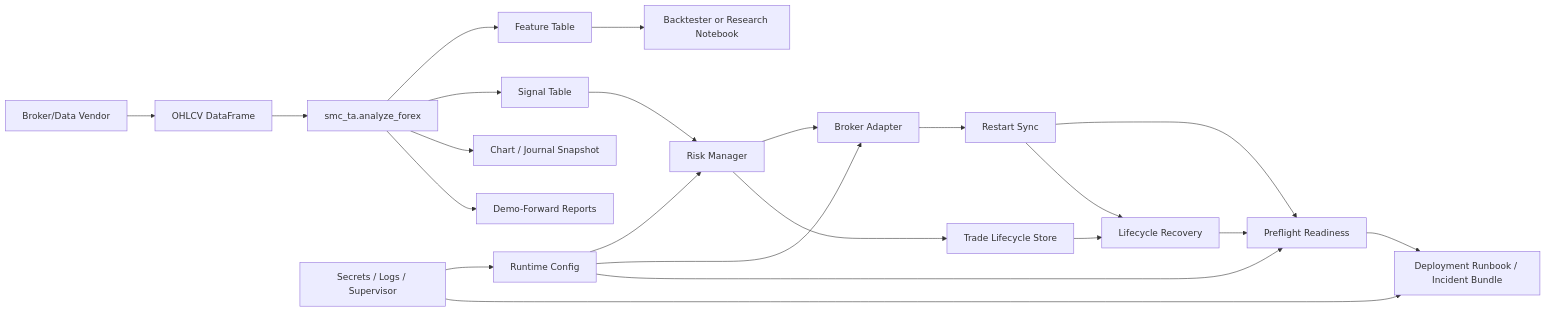
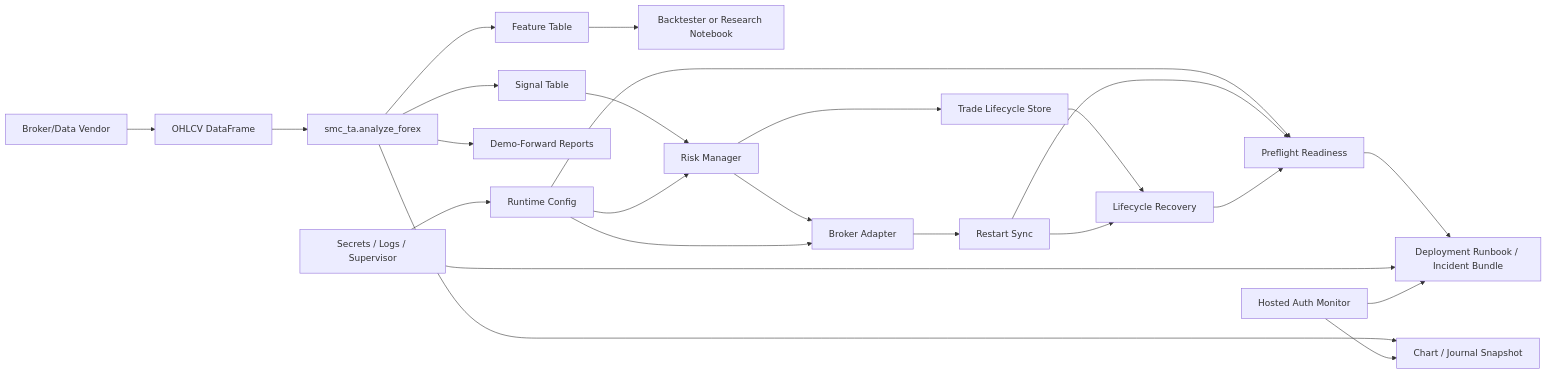
The diagram in docs/BOT_INTEGRATION.md (primebdsm/smcandta), drawn with Mermaid before and after one commit. The commit also changed other lines of this file and 15 other files, not shown here.

````diff
--- a/docs/BOT_INTEGRATION.md
+++ b/docs/BOT_INTEGRATION.md
@@ -5,24 +5,26 @@
 ```mermaid
 flowchart LR
   A["Broker/Data Vendor"] --> B["OHLCV DataFrame"]
   B --> C["smc_ta.analyze_forex"]
   C --> D["Feature Table"]
   C --> E["Signal Table"]
   D --> F["Backtester or Research Notebook"]
   E --> G["Risk Manager"]
   G --> H["Broker Adapter"]
   G --> J["Trade Lifecycle Store"]
   C --> I["Chart / Journal Snapshot"]
   C --> N["Demo-Forward Reports"]
   K["Runtime Config"] --> G
   K --> H
   K --> L["Preflight Readiness"]
   H --> M["Restart Sync"]
   M --> L
   J --> O["Lifecycle Recovery"]
   M --> O
   O --> L
   L --> P["Deployment Runbook / Incident Bundle"]
   Q["Secrets / Logs / Supervisor"] --> K
   Q --> P
+  R["Hosted Auth Monitor"] --> I
+  R --> P
 ```
````
